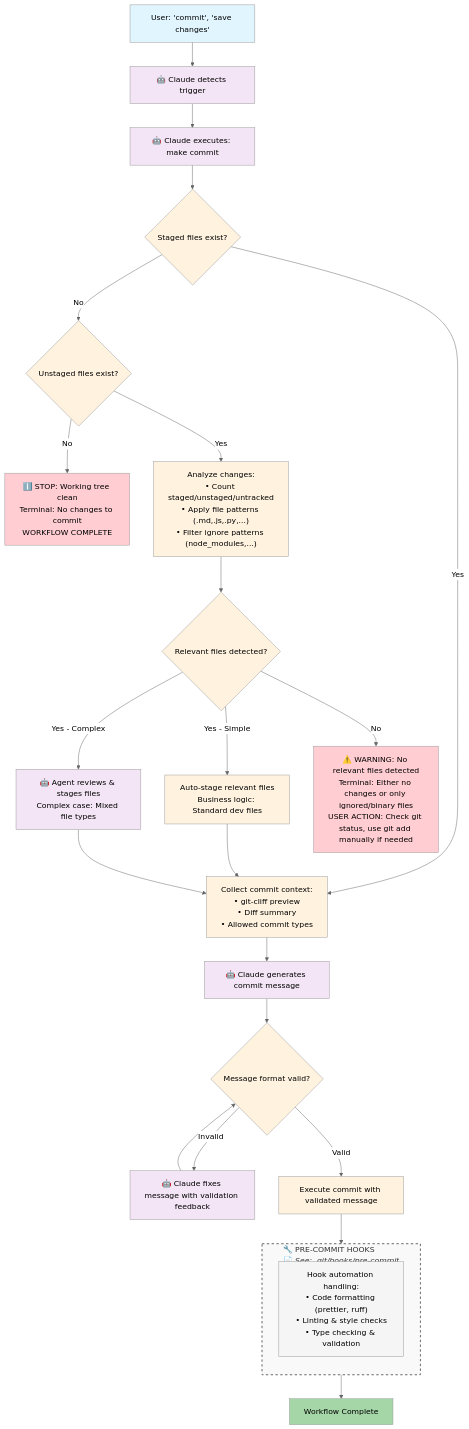
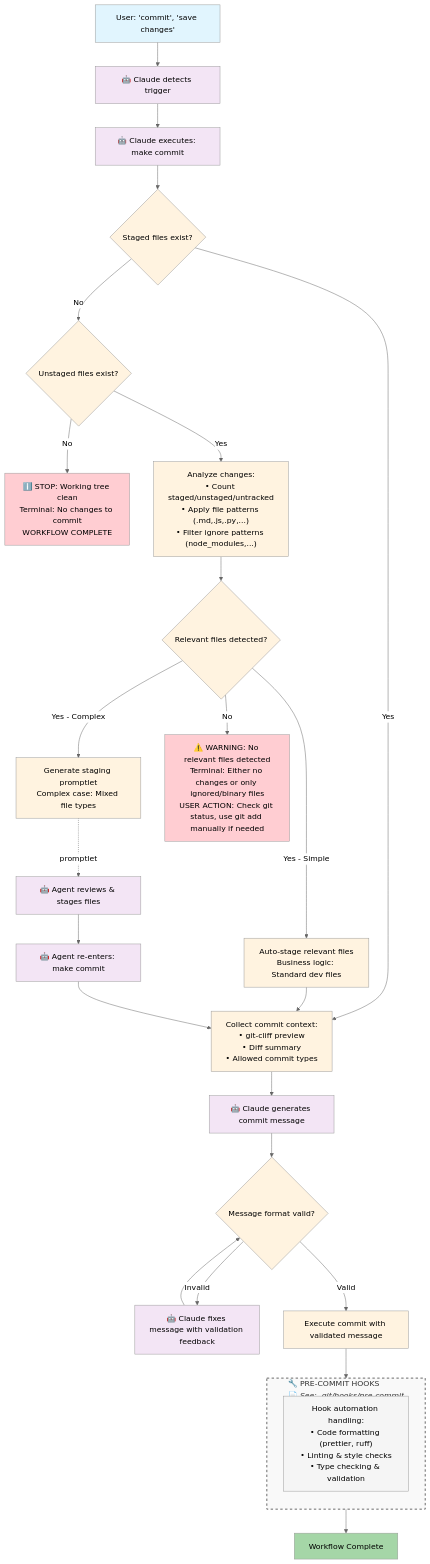
The diagram in scripts/agent/workflows/commit-workflow.mmd (kschlt/online-tables-lite), drawn with Mermaid (neutral theme) before and after one commit. The commit also changed 3 other files, not shown here.

Commit message:
fix(workflows): implement proper ping-pong pattern for commit staging

```diff
--- a/scripts/agent/workflows/commit-workflow.mmd
+++ b/scripts/agent/workflows/commit-workflow.mmd
@@ -1,97 +1,105 @@
 flowchart TD
     %% Entry Point
     UserTrigger["User: 'commit', 'save changes'"]
     ClaudeDetects["🤖 Claude detects trigger"]
     ClaudeExec["🤖 Claude executes: make commit"]
 
     %% Makefile Validation
     CheckStaged{Staged files exist?}
     CheckUnstaged{Unstaged files exist?}
 
     %% STOP CONDITIONS (Terminal Messages Only)
     NoChanges["ℹ️ STOP: Working tree clean<br/>Terminal: No changes to commit<br/>WORKFLOW COMPLETE"]
 
     %% INTEGRATED STAGING FUNCTIONS (Part of Commit Workflow)
     AnalyzeChanges["Analyze changes:<br/>• Count staged/unstaged/untracked<br/>• Apply file patterns (.md,.js,.py,...)<br/>• Filter ignore patterns (node_modules,...)"]
     CheckRelevant{Relevant files detected?}
     AutoStage["Auto-stage relevant files<br/>Business logic: Standard dev files"]
-    AgentStaging["🤖 Agent reviews & stages files<br/>Complex case: Mixed file types"]
+    StagingPromptlet["Generate staging promptlet<br/>Complex case: Mixed file types"]
+    AgentStaging["🤖 Agent reviews & stages files"]
+    AgentReentry["🤖 Agent re-enters: make commit"]
     NoRelevantStop["⚠️ WARNING: No relevant files detected<br/>Terminal: Either no changes or only ignored/binary files<br/>USER ACTION: Check git status, use git add manually if needed"]
 
     %% Message Generation & Validation Loop
     CollectContext["Collect commit context:<br/>• git-cliff preview<br/>• Diff summary<br/>• Allowed commit types"]
     ClaudeGenerates["🤖 Claude generates commit message"]
     ValidateFormat{Message format valid?}
     FormatFeedback["🤖 Claude fixes message with validation feedback"]
 
     %% Commit Execution
     ExecuteCommit["Execute commit with validated message"]
 
     %% PRE-COMMIT HOOKS (Simplified Black Box)
     subgraph PreCommitBox ["🔧 PRE-COMMIT HOOKS<br/>📄 <i>See: .git/hooks/pre-commit</i>"]
         direction TB
         HookBlackBox["Hook automation handling:<br/>• Code formatting (prettier, ruff)<br/>• Linting & style checks<br/>• Type checking & validation"]
     end
 
     %% Final Outcome
     WorkflowComplete["Workflow Complete"]
 
     %% Flow Connections
     UserTrigger --> ClaudeDetects
     ClaudeDetects --> ClaudeExec
     ClaudeExec --> CheckStaged
 
     %% Staging Logic
     CheckStaged -->|No| CheckUnstaged
     CheckStaged -->|Yes| CollectContext
     CheckUnstaged -->|No| NoChanges
     CheckUnstaged -->|Yes| AnalyzeChanges
 
     %% Staging Decision Flow
     AnalyzeChanges --> CheckRelevant
     CheckRelevant -->|Yes - Simple| AutoStage
-    CheckRelevant -->|Yes - Complex| AgentStaging
+    CheckRelevant -->|Yes - Complex| StagingPromptlet
     CheckRelevant -->|No| NoRelevantStop
     AutoStage --> CollectContext
-    AgentStaging --> CollectContext
+
+    %% Ping-Pong Pattern for Agent Staging
+    StagingPromptlet -.->|promptlet| AgentStaging
+    AgentStaging --> AgentReentry
+    AgentReentry --> CollectContext
 
     %% Message Generation & Validation Loop
     CollectContext --> ClaudeGenerates
     ClaudeGenerates --> ValidateFormat
     ValidateFormat -->|Invalid| FormatFeedback
     FormatFeedback --> ValidateFormat
     ValidateFormat -->|Valid| ExecuteCommit
 
     %% Commit Execution & Completion
     ExecuteCommit --> PreCommitBox
     PreCommitBox --> WorkflowComplete
 
     %% Styling - Consistent with PR Workflow
     UserTrigger@{ shape: rect}
     AnalyzeChanges:::automationStep
     CheckRelevant:::automationStep
     AutoStage:::automationStep
+    StagingPromptlet:::automationStep
     AgentStaging:::agentLayer
+    AgentReentry:::agentLayer
     NoRelevantStop:::stopNode
     HookBlackBox:::blackBoxStep
     UserTrigger:::userLayer
     ClaudeDetects:::agentLayer
     ClaudeExec:::agentLayer
     CheckStaged:::automationStep
     CheckUnstaged:::automationStep
     NoChanges:::stopNode
     CollectContext:::automationStep
     ClaudeGenerates:::agentLayer
     ValidateFormat:::automationStep
     FormatFeedback:::agentLayer
     ExecuteCommit:::automationStep
     PreCommitBox:::subgraphStyle
     WorkflowComplete:::successNode
 
     classDef userLayer fill:#e1f5fe
     classDef agentLayer fill:#f3e5f5
     classDef automationStep fill:#fff3e0
     classDef stopNode fill:#ffcdd2
     classDef blackBoxStep fill:#f5f5f5
     classDef successNode fill:#a5d6a7
     classDef subgraphStyle fill:#f9f9f9,stroke:#666,stroke-width:2px,stroke-dasharray: 5 5
```
